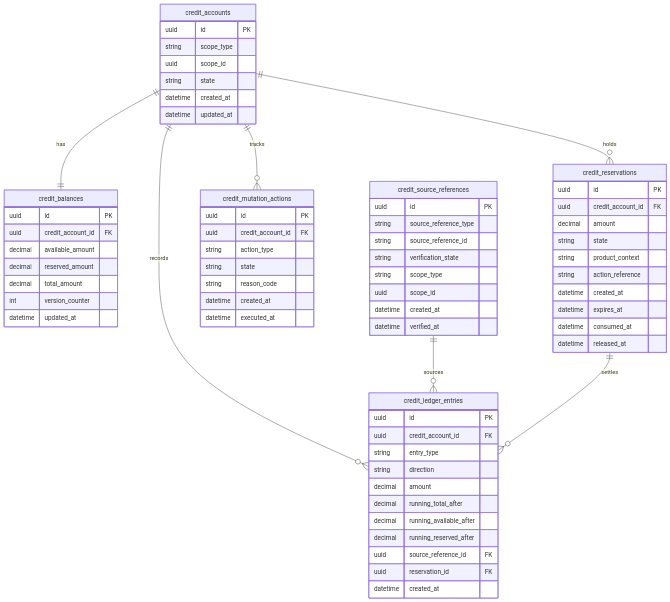
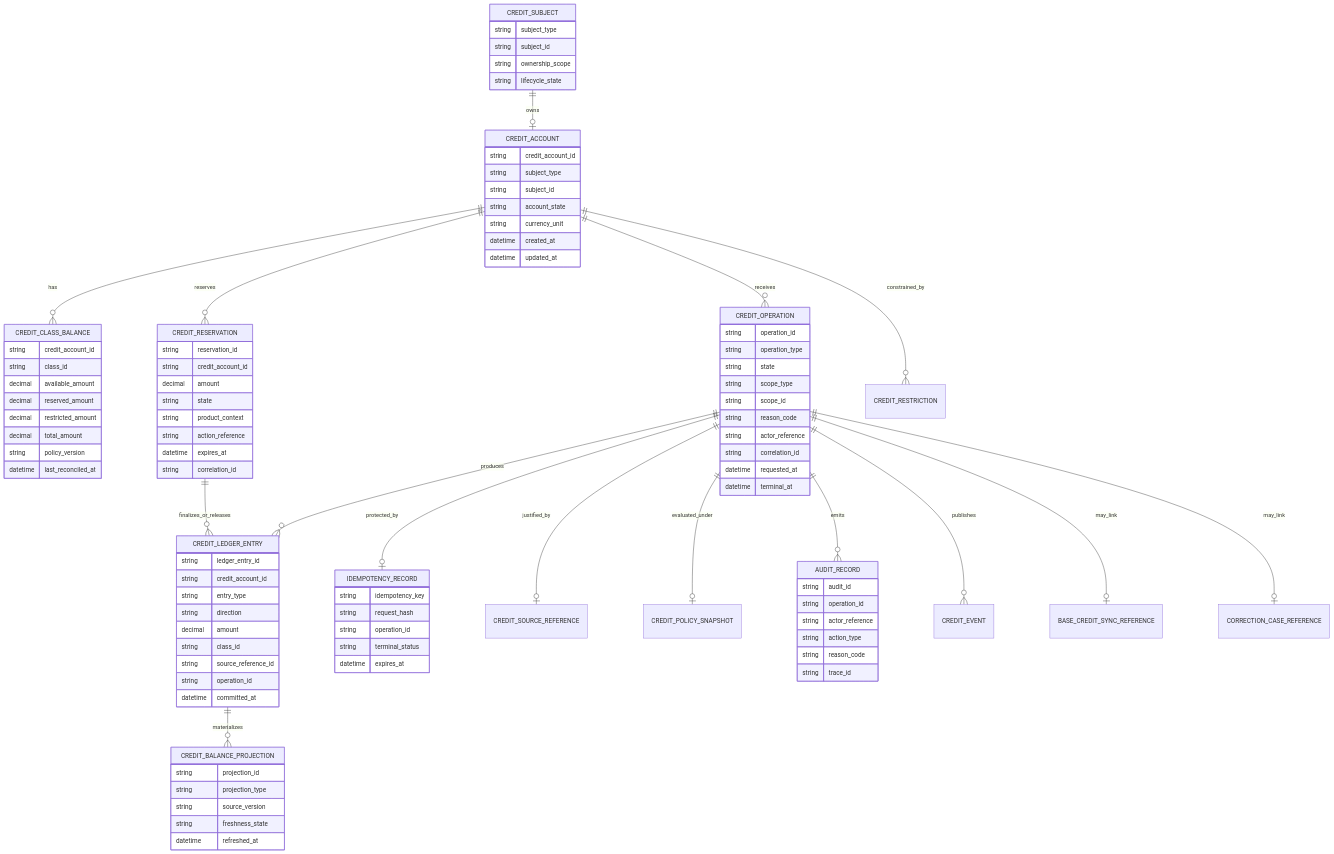
One commit to fuze-ac/api-specs changed the second of 3 diagrams in PLATFORM_CREDITS_API_SPEC.md. Above: the diagram before and after it, drawn with Mermaid. The commit also changed other lines of this file and 29 other files, not shown here.

````diff
--- a/PLATFORM_CREDITS_API_SPEC.md
+++ b/PLATFORM_CREDITS_API_SPEC.md
@@ -1072,76 +736,107 @@
 ```mermaid
 erDiagram
-    credit_accounts ||--|| credit_balances : has
-    credit_accounts ||--o{ credit_ledger_entries : records
-    credit_accounts ||--o{ credit_reservations : holds
-    credit_accounts ||--o{ credit_mutation_actions : tracks
-    credit_source_references ||--o{ credit_ledger_entries : sources
-    credit_reservations ||--o{ credit_ledger_entries : settles
+    CREDIT_SUBJECT ||--o| CREDIT_ACCOUNT : owns
+    CREDIT_ACCOUNT ||--o{ CREDIT_CLASS_BALANCE : has
+    CREDIT_ACCOUNT ||--o{ CREDIT_RESERVATION : reserves
+    CREDIT_ACCOUNT ||--o{ CREDIT_OPERATION : receives
+    CREDIT_ACCOUNT ||--o{ CREDIT_RESTRICTION : constrained_by
+    CREDIT_OPERATION ||--o{ CREDIT_LEDGER_ENTRY : produces
+    CREDIT_OPERATION ||--o| IDEMPOTENCY_RECORD : protected_by
+    CREDIT_OPERATION ||--o| CREDIT_SOURCE_REFERENCE : justified_by
+    CREDIT_OPERATION ||--o| CREDIT_POLICY_SNAPSHOT : evaluated_under
+    CREDIT_RESERVATION ||--o{ CREDIT_LEDGER_ENTRY : finalizes_or_releases
+    CREDIT_LEDGER_ENTRY ||--o{ CREDIT_BALANCE_PROJECTION : materializes
+    CREDIT_OPERATION ||--o{ AUDIT_RECORD : emits
+    CREDIT_OPERATION ||--o{ CREDIT_EVENT : publishes
+    CREDIT_OPERATION ||--o| BASE_CREDIT_SYNC_REFERENCE : may_link
+    CREDIT_OPERATION ||--o| CORRECTION_CASE_REFERENCE : may_link
 
-    credit_accounts {
-        uuid id PK
-        string scope_type
-        uuid scope_id
-        string state
+    CREDIT_SUBJECT {
+        string subject_type
+        string subject_id
+        string ownership_scope
+        string lifecycle_state
+    }
+
+    CREDIT_ACCOUNT {
+        string credit_account_id
+        string subject_type
+        string subject_id
+        string account_state
+        string currency_unit
         datetime created_at
         datetime updated_at
     }
 
-    credit_balances {
-        uuid id PK
-        uuid credit_account_id FK
+    CREDIT_CLASS_BALANCE {
+        string credit_account_id
+        string class_id
         decimal available_amount
         decimal reserved_amount
+        decimal restricted_amount
         decimal total_amount
-        int version_counter
-        datetime updated_at
+        string policy_version
+        datetime last_reconciled_at
     }
 
-    credit_ledger_entries {
-        uuid id PK
-        uuid credit_account_id FK
-        string entry_type
-        string direction
-        decimal amount
-        decimal running_total_after
-        decimal running_available_after
-        decimal running_reserved_after
-        uuid source_reference_id FK
-        uuid reservation_id FK
-        datetime created_at
-    }
-
-    credit_reservations {
-        uuid id PK
-        uuid credit_account_id FK
+    CREDIT_RESERVATION {
+        string reservation_id
+        string credit_account_id
         decimal amount
         string state
         string product_context
         string action_reference
-        datetime created_at
         datetime expires_at
-        datetime consumed_at
-        datetime released_at
+        string correlation_id
     }
 
-    credit_source_references {
-        uuid id PK
-        string source_reference_type
-        string source_reference_id
-        string verification_state
+    CREDIT_OPERATION {
+        string operation_id
+        string operation_type
+        string state
         string scope_type
-        uuid scope_id
-        datetime created_at
-        datetime verified_at
+        string scope_id
+        string reason_code
+        string actor_reference
+        string correlation_id
+        datetime requested_at
+        datetime terminal_at
     }
 
-    credit_mutation_actions {
-        uuid id PK
-        uuid credit_account_id FK
+    CREDIT_LEDGER_ENTRY {
+        string ledger_entry_id
+        string credit_account_id
+        string entry_type
+        string direction
+        decimal amount
+        string class_id
+        string source_reference_id
+        string operation_id
+        datetime committed_at
+    }
+
+    CREDIT_BALANCE_PROJECTION {
+        string projection_id
+        string projection_type
+        string source_version
+        string freshness_state
+        datetime refreshed_at
+    }
+
+    IDEMPOTENCY_RECORD {
+        string idempotency_key
+        string request_hash
+        string operation_id
+        string terminal_status
+        datetime expires_at
+    }
+
+    AUDIT_RECORD {
+        string audit_id
+        string operation_id
+        string actor_reference
         string action_type
-        string state
         string reason_code
-        datetime created_at
-        datetime executed_at
+        string trace_id
     }
 ```
````
